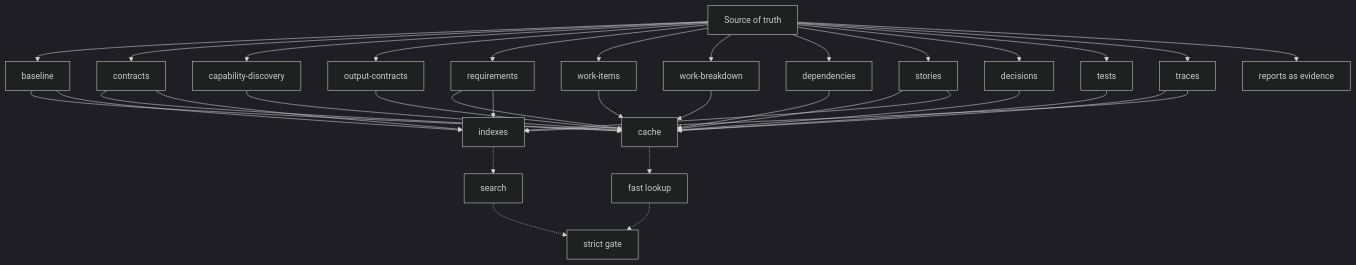
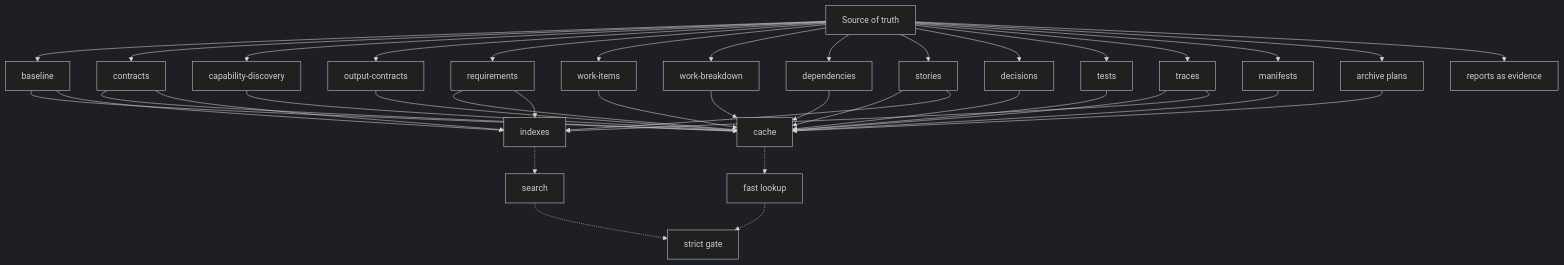
Before and after one commit to aantenore/agentic-sdlc-codex-plugin: the first of 3 diagrams in docs/kb-structure.md, drawn with Mermaid (dark theme). The commit also changed other lines of this file and 20 other files, not shown here.

````diff
--- a/docs/kb-structure.md
+++ b/docs/kb-structure.md
@@ -45,41 +49,45 @@
 ```mermaid
 flowchart TB
   Source["Source of truth"]
   Source --> Baseline["baseline"]
   Source --> Contracts["contracts"]
   Source --> Capabilities["capability-discovery"]
   Source --> OutputContracts["output-contracts"]
   Source --> Requirements["requirements"]
   Source --> WorkItems["work-items"]
   Source --> Breakdown["work-breakdown"]
   Source --> Dependencies["dependencies"]
   Source --> Stories["stories"]
   Source --> Decisions["decisions"]
   Source --> Tests["tests"]
   Source --> Traces["traces"]
+  Source --> Manifests["manifests"]
+  Source --> Archive["archive plans"]
   Source --> Reports["reports as evidence"]
 
   Baseline --> Cache["cache"]
   Contracts --> Cache
   Capabilities --> Cache
   OutputContracts --> Cache
   Requirements --> Cache
   WorkItems --> Cache
   Breakdown --> Cache
   Dependencies --> Cache
   Stories --> Cache
   Decisions --> Cache
   Tests --> Cache
   Traces --> Cache
+  Manifests --> Cache
+  Archive --> Cache
 
   Baseline --> Indexes["indexes"]
   Contracts --> Indexes
   Requirements --> Indexes
   Stories --> Indexes
   Traces --> Indexes
 
   Cache -.-> FastLookup["fast lookup"]
   Indexes -.-> Search["search"]
   FastLookup -.-> Gate["strict gate"]
   Search -.-> Gate
 ```
````
